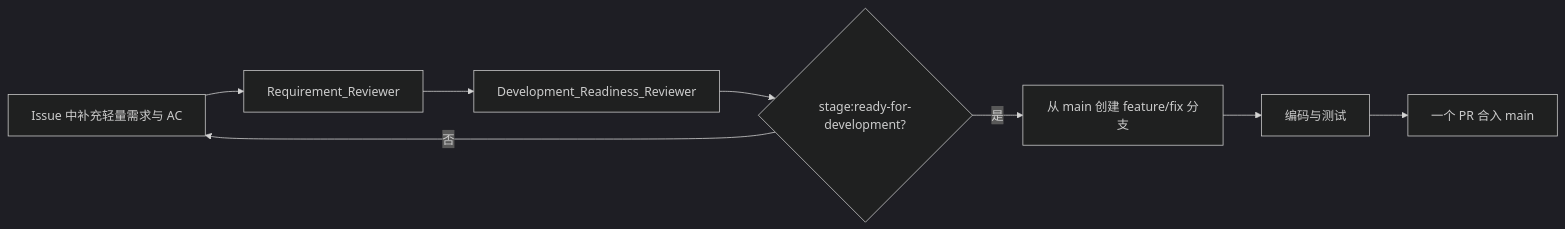
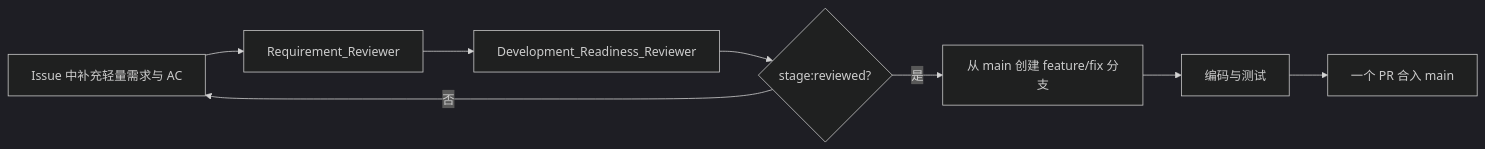
Before and after one commit to JumpStarGroup/health_platform: the eighth of 17 diagrams in docs/PROJECT-WORKFLOW-ROLES.md, drawn with Mermaid (dark theme). The commit also changed other lines of this file and 7 other files, not shown here.

````diff
--- a/docs/PROJECT-WORKFLOW-ROLES.md
+++ b/docs/PROJECT-WORKFLOW-ROLES.md
@@ -353,10 +353,10 @@
 ```mermaid
 flowchart LR
     A[Issue 中补充轻量需求与 AC] --> B[Requirement_Reviewer]
     B --> C[Development_Readiness_Reviewer]
-    C --> D{stage:ready-for-development?}
+    C --> D{stage:reviewed?}
     D -- 否 --> A
     D -- 是 --> E[从 main 创建 feature/fix 分支]
     E --> F[编码与测试]
     F --> G[一个 PR 合入 main]
 ```
````
